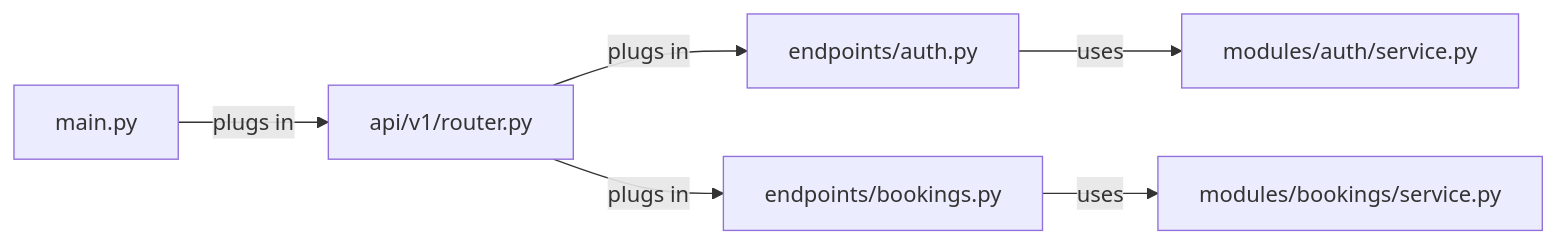
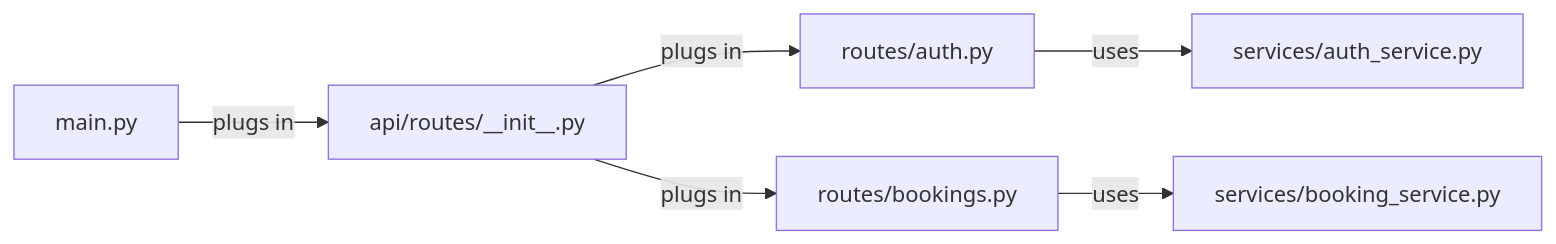
Before and after one commit to Saksham1611/backend-template: the first of 3 diagrams in Guidelines/Instructions Backend.md, drawn with Mermaid. The commit also changed other lines of this file and 36 other files, not shown here.

````diff
--- a/Guidelines/Instructions Backend.md
+++ b/Guidelines/Instructions Backend.md
@@ -329,8 +319,8 @@
 ```mermaid
 flowchart LR
-    A[main.py] -->|"plugs in"| B[api/v1/router.py]
-    B -->|"plugs in"| C[endpoints/auth.py]
-    B -->|"plugs in"| D[endpoints/bookings.py]
-    C -->|"uses"| E[modules/auth/service.py]
-    D -->|"uses"| F[modules/bookings/service.py]
+    A[main.py] -->|"plugs in"| B[api/routes/__init__.py]
+    B -->|"plugs in"| C[routes/auth.py]
+    B -->|"plugs in"| D[routes/bookings.py]
+    C -->|"uses"| E[services/auth_service.py]
+    D -->|"uses"| F[services/booking_service.py]
 ```
````
